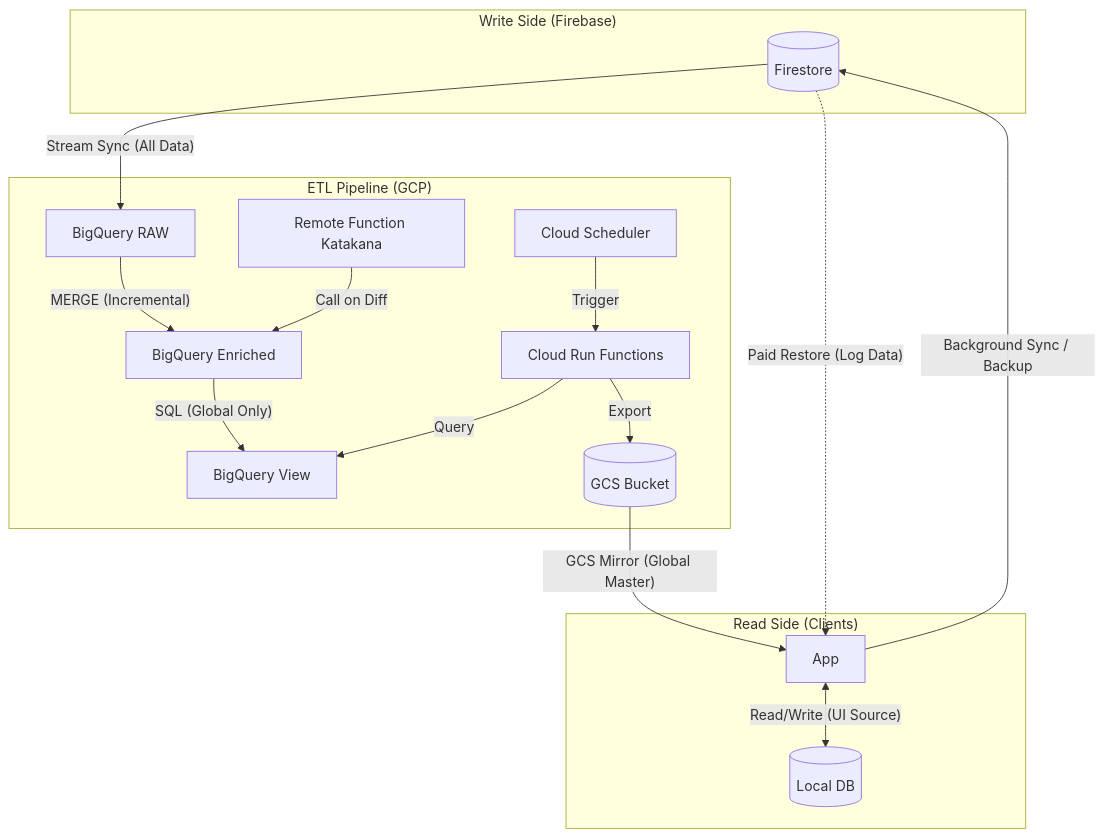
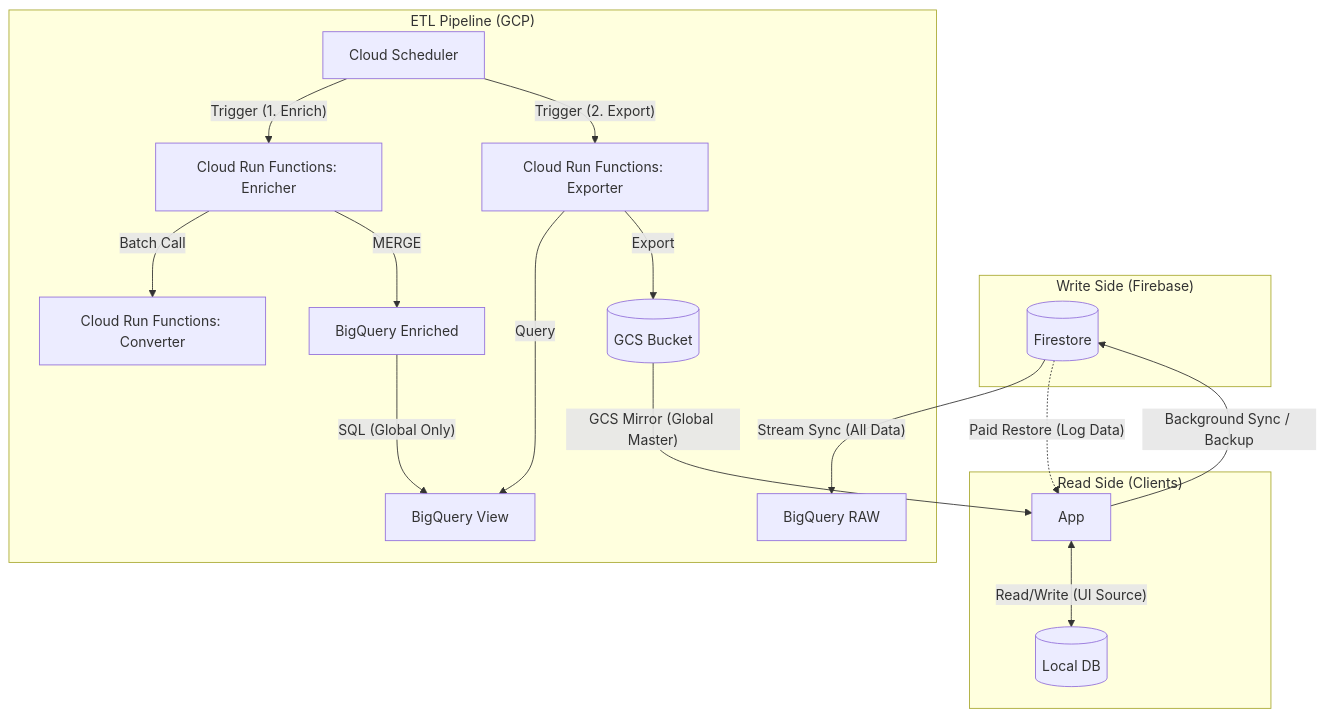
One commit to cloud-solutions-ttakeuchi/wedive changed the diagram in .agent/issue-116/01_infrastructure_pipeline.md. Above: the diagram before and after it, drawn with Mermaid. The commit also changed other lines of this file and 8 other files, not shown here.

````diff
--- a/.agent/issue-116/01_infrastructure_pipeline.md
+++ b/.agent/issue-116/01_infrastructure_pipeline.md
@@ -8,30 +8,31 @@
 ```mermaid
 graph TD
     %% Source
     subgraph "Write Side (Firebase)"
         FS[(Firestore)]
     end
 
     %% ETL Pipeline
     subgraph "ETL Pipeline (GCP)"
         FS -- "Stream Sync (All Data)" --> BQ[BigQuery RAW]
-        BQ -- "MERGE (Incremental)" --> BQE[BigQuery Enriched]
+        
+        CS[Cloud Scheduler] -- "Trigger (1. Enrich)" --> CFE[Cloud Run Functions: Enricher]
+        CFE -- "Batch Call" --> CFK[Cloud Run Functions: Converter]
+        CFE -- "MERGE" --> BQE[BigQuery Enriched]
+        
+        CS -- "Trigger (2. Export)" --> CFO[Cloud Run Functions: Exporter]
         BQE -- "SQL (Global Only)" --> BQV[BigQuery View]
-        
-        CS[Cloud Scheduler] -- "Trigger" --> CF[Cloud Run Functions]
-        CF -- "Query" --> BQV
-        CF -- "Export" --> GCS[(GCS Bucket)]
-        
-        RK[Remote Function Katakana] -- "Call on Diff" --> BQE
+        CFO -- "Query" --> BQV
+        CFO -- "Export" --> GCS[(GCS Bucket)]
     end
 
     %% Client Side
     subgraph "Read Side (Clients)"
         GCS -- "GCS Mirror (Global Master)" --> App
         
         App <-- "Read/Write (UI Source)" --> SQLite[(Local DB)]
         
         App -- "Background Sync / Backup" --> FS
         FS -. "Paid Restore (Log Data)" .-> App
     end
 ```
````
